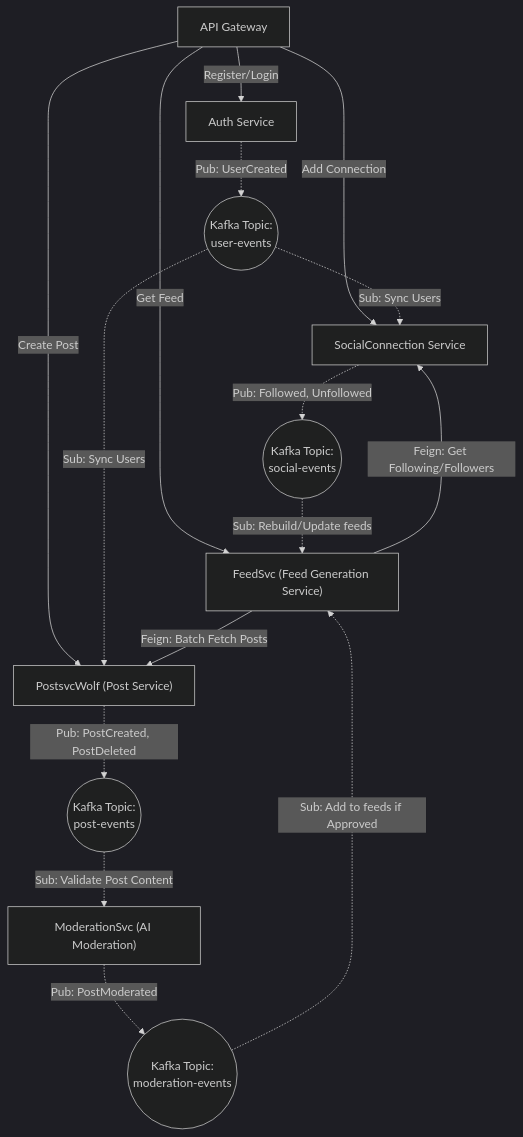
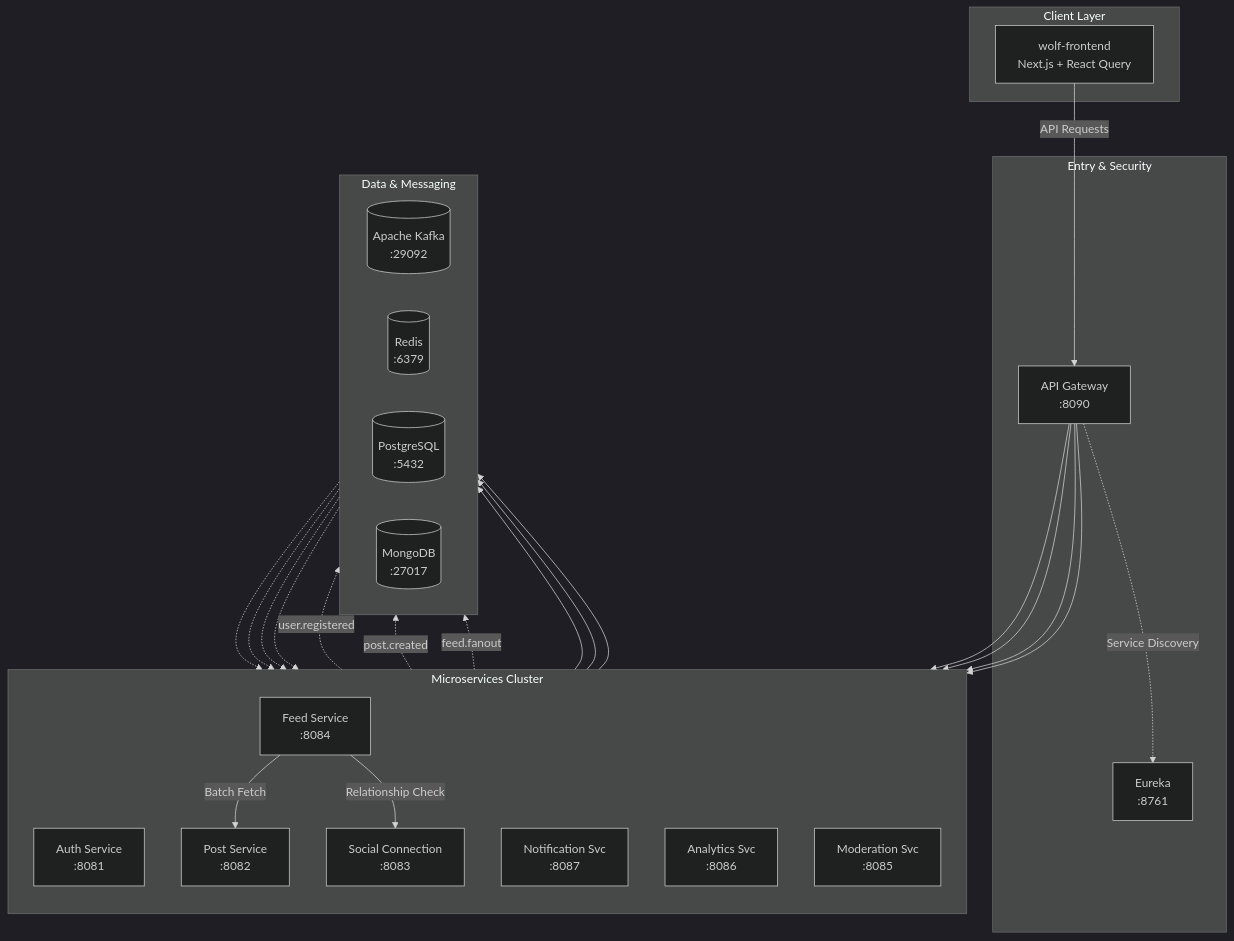
Before and after one commit to SUMIT74184/WolfDire-Central-Infra: the diagram in Readme.md, drawn with Mermaid (dark theme). The commit also changed other lines of this file, not shown here.

Commit message:
Readme.md

````diff
--- a/Readme.md
+++ b/Readme.md
@@ -5,41 +9,58 @@
 ```mermaid
 flowchart TD
-    %% Define API Gateway
-    AG[API Gateway]
+    subgraph Client_Layer [Client Layer]
+        FE[wolf-frontend\nNext.js + React Query]
+    end
+
+    subgraph Entry_Layer [Entry & Security]
+        AG[API Gateway\n:8090]
+        ER[Eureka\n:8761]
+    end
+
+    subgraph Core_Services [Microservices Cluster]
+        direction TB
+        Auth[Auth Service\n:8081]
+        Post[Post Service\n:8082]
+        Social[Social Connection\n:8083]
+        Feed[Feed Service\n:8084]
+        Notify[Notification Svc\n:8087]
+        Analytic[Analytics Svc\n:8086]
+        Mod[Moderation Svc\n:8085]
+    end
+
+    subgraph Infrastructure [Data & Messaging]
+        direction LR
+        Kafka[(Apache Kafka\n:29092)]
+        Redis[(Redis\n:6379)]
+        Postgres[(PostgreSQL\n:5432)]
+        Mongo[(MongoDB\n:27017)]
+    end
+
+    %% Entry Flow
+    FE -->|API Requests| AG
+    AG -.->|Service Discovery| ER
     
-    %% Define Microservices
-    Auth[Auth Service]
-    PostSvc["PostsvcWolf (Post Service)"]
-    ModSvc["ModerationSvc (AI Moderation)"]
-    Social[SocialConnection Service]
-    Feed["FeedSvc (Feed Generation Service)"]
+    %% Routing
+    AG --> Auth
+    AG --> Post
+    AG --> Social
+    AG --> Feed
     
-    %% Define Kafka Topics
-    K_User((Kafka Topic:\nuser-events))
-    K_Post((Kafka Topic:\npost-events))
-    K_Mod((Kafka Topic:\nmoderation-events))
-    K_Social((Kafka Topic:\nsocial-events))
-    
-    %% Client Requests
-    AG -->|Register/Login| Auth
-    AG -->|Create Post| PostSvc
-    AG -->|Add Connection| Social
-    AG -->|Get Feed| Feed
+    %% Async Communication
+    Auth -.->|user.registered| Kafka
+    Post -.->|post.created| Kafka
+    Social -.->|feed.fanout| Kafka
+    Kafka -.-> Feed
+    Kafka -.-> Analytic
+    Kafka -.-> Notify
+    Kafka -.-> Mod
 
-    %% Service to Kafka (Producers)
-    Auth -.->|Pub: UserCreated| K_User
-    PostSvc -.->|Pub: PostCreated, PostDeleted| K_Post
-    ModSvc -.->|Pub: PostModerated| K_Mod
-    Social -.->|Pub: Followed, Unfollowed| K_Social
+    %% Sync Communication (Feign)
+    Feed -->|Batch Fetch| Post
+    Feed -->|Relationship Check| Social
 
-    %% Kafka to Service (Consumers)
-    K_User -.->|Sub: Sync Users| Social
-    K_User -.->|Sub: Sync Users| PostSvc
-    K_Post -.->|Sub: Validate Post Content| ModSvc
-    
-    %% Feed Generation (Hybrid: Events + Feign)
-    K_Mod -.->|Sub: Add to feeds if Approved| Feed
-    K_Social -.->|Sub: Rebuild/Update feeds| Feed
-    Feed -->|Feign: Get Following/Followers| Social
-    Feed -->|Feign: Batch Fetch Posts| PostSvc
+    %% Persistence
+    Core_Services --> Postgres
+    Post --> Mongo
+    Core_Services --> Redis
 ```
````
